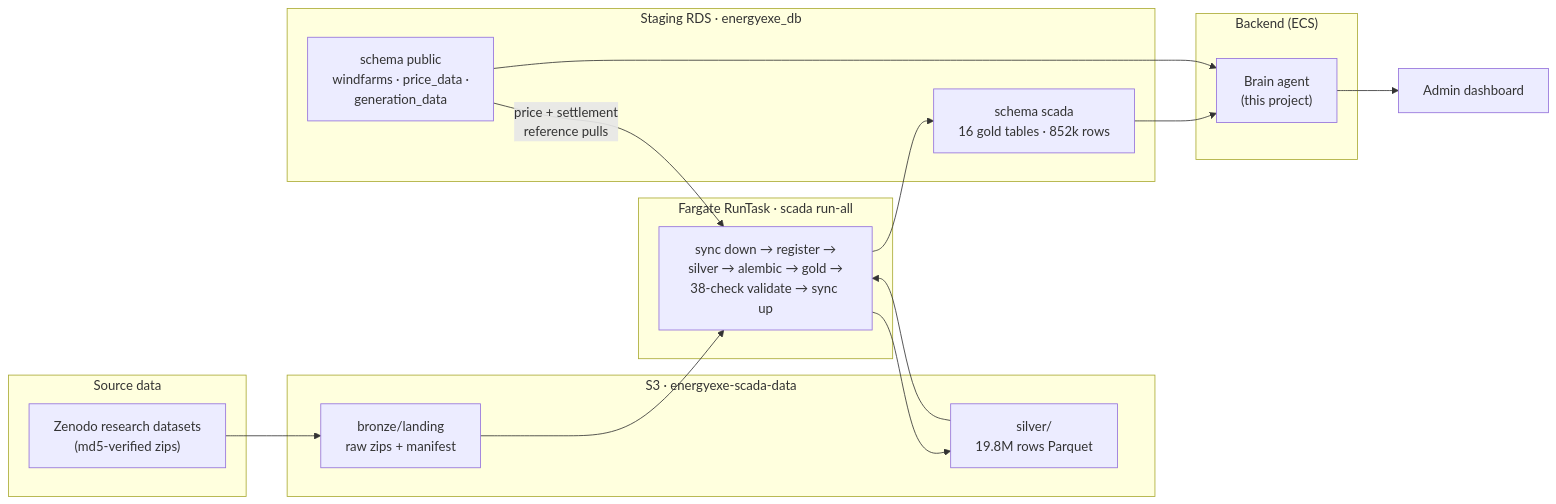
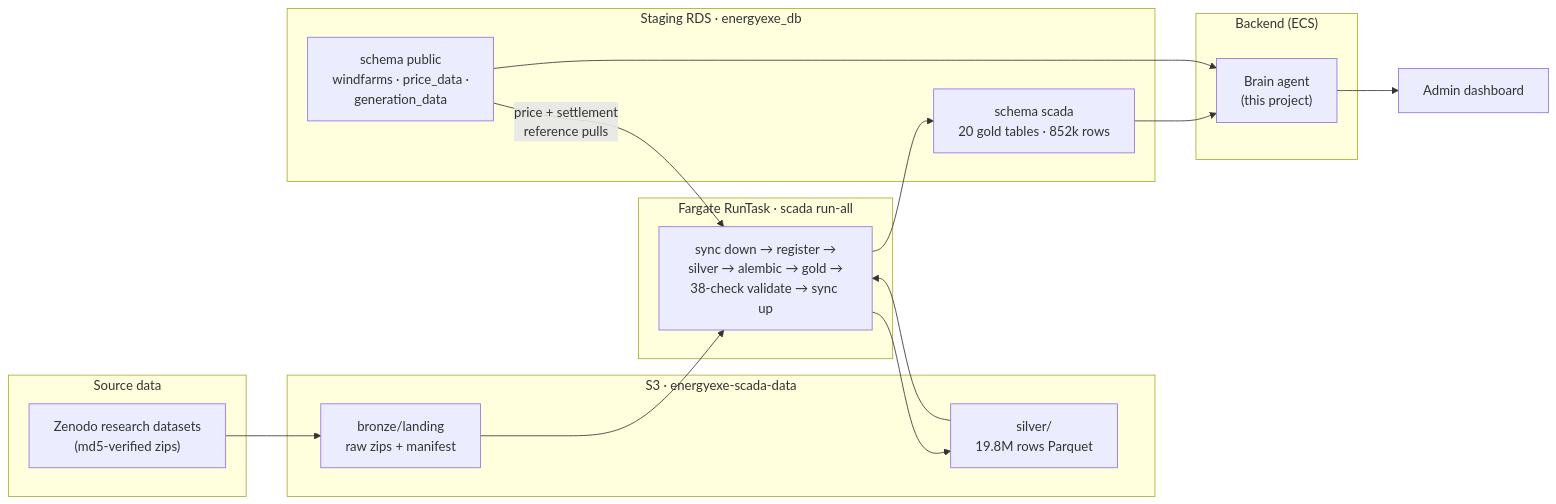
The first of 5 diagrams in docs/brain-agent-scada-integration.md (Energy-Exe/energyexe-core-backend), drawn with Mermaid before and after one commit. The commit also changed other lines of this file and 2 other files, not shown here.

First line of the commit message:
brain agent: re-teach SCADA UTC frame (date_utc everywhere, gotcha 57 flip)

````diff
--- a/docs/brain-agent-scada-integration.md
+++ b/docs/brain-agent-scada-integration.md
@@ -21,29 +21,29 @@
 ```mermaid
 flowchart LR
     subgraph SRC["Source data"]
         Z["Zenodo research datasets<br/>(md5-verified zips)"]
     end
     subgraph S3["S3 · energyexe-scada-data"]
         B["bronze/landing<br/>raw zips + manifest"]
         S["silver/<br/>19.8M rows Parquet"]
     end
     subgraph FG["Fargate RunTask · scada run-all"]
         P["sync down → register →<br/>silver → alembic → gold →<br/>38-check validate → sync up"]
     end
     subgraph RDS["Staging RDS · energyexe_db"]
-        G["schema scada<br/>16 gold tables · 852k rows"]
+        G["schema scada<br/>20 gold tables · 852k rows"]
         PUB["schema public<br/>windfarms · price_data ·<br/>generation_data"]
     end
     subgraph BE["Backend (ECS)"]
         A["Brain agent<br/>(this project)"]
     end
     Z --> B
     B --> P
     P --> S
     S --> P
     P --> G
     PUB -- "price + settlement<br/>reference pulls" --> P
     G --> A
     PUB --> A
     A --> D["Admin dashboard"]
 ```
````
